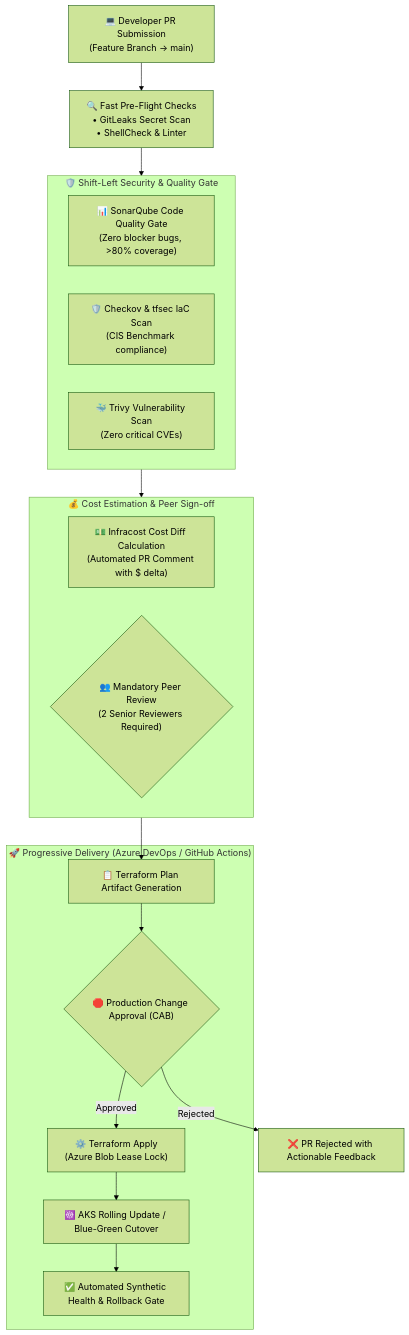
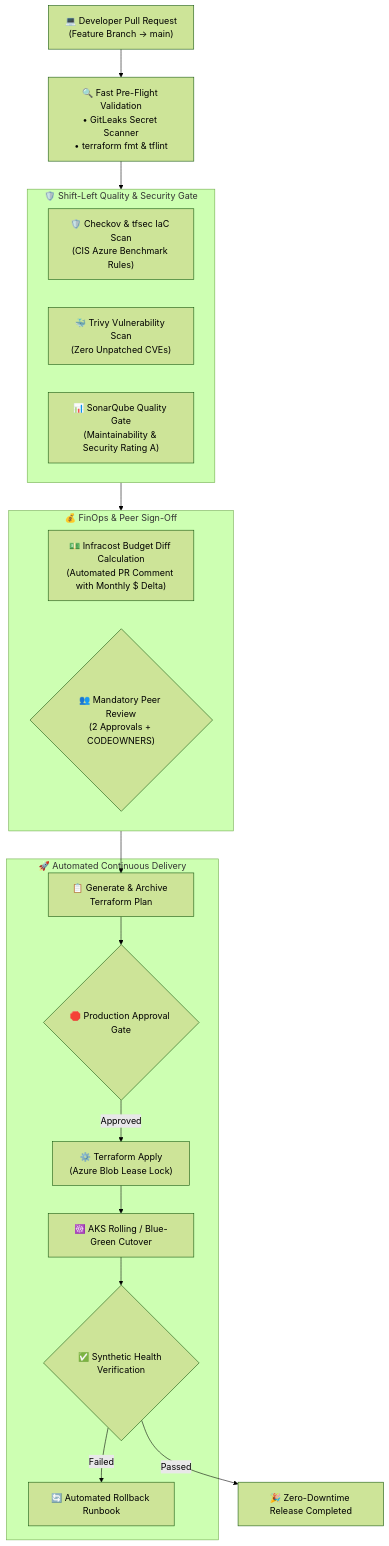
The third of 4 diagrams in README.md (patelneetu10-stack/patelneetu10-stack), drawn with Mermaid (forest theme) before and after one commit. The commit also changed other lines of this file and 1 other file, not shown here.

Commit message:
feat: revamp profile README and add 3D isometric cloud architecture visual

````diff
--- a/README.md
+++ b/README.md
@@ -248,31 +240,33 @@
 ```mermaid
 flowchart TD
-    Code["💻 Developer PR Submission<br/>(Feature Branch -> main)"] --> Preflight["🔍 Fast Pre-Flight Checks<br/>• GitLeaks Secret Scan<br/>• ShellCheck & Linter"]
-    
-    subgraph ShiftLeft["🛡️ Shift-Left Security & Quality Gate"]
-        Sonar["📊 SonarQube Code Quality Gate<br/>(Zero blocker bugs, >80% coverage)"]
-        IaCScan["🛡️ Checkov & tfsec IaC Scan<br/>(CIS Benchmark compliance)"]
-        ContainerScan["🐳 Trivy Vulnerability Scan<br/>(Zero critical CVEs)"]
+    PR["💻 Developer Pull Request<br/>(Feature Branch -> main)"] --> Preflight["🔍 Fast Pre-Flight Validation<br/>• GitLeaks Secret Scanner<br/>• terraform fmt & tflint"]
+
+    subgraph ShiftLeft["🛡️ Shift-Left Quality & Security Gate"]
+        Checkov["🛡️ Checkov & tfsec IaC Scan<br/>(CIS Azure Benchmark Rules)"]
+        Trivy["🐳 Trivy Vulnerability Scan<br/>(Zero Unpatched CVEs)"]
+        Sonar["📊 SonarQube Quality Gate<br/>(Maintainability & Security Rating A)"]
     end
-    
+
     Preflight --> ShiftLeft
-    
-    subgraph CostAndReview["💰 Cost Estimation & Peer Sign-off"]
-        Infracost["💵 Infracost Cost Diff Calculation<br/>(Automated PR Comment with $ delta)"]
-        PeerReview{"👥 Mandatory Peer Review<br/>(2 Senior Reviewers Required)"}
+
+    subgraph CostAndReview["💰 FinOps & Peer Sign-Off"]
+        Infracost["💵 Infracost Budget Diff Calculation<br/>(Automated PR Comment with Monthly $ Delta)"]
+        PeerReview{"👥 Mandatory Peer Review<br/>(2 Approvals + CODEOWNERS)"}
     end
-    
+
     ShiftLeft --> CostAndReview
-    
-    subgraph DeployStage["🚀 Progressive Delivery (Azure DevOps / GitHub Actions)"]
-        TerraformPlan["📋 Terraform Plan Artifact Generation"]
-        ApprovalGate{"🛑 Production Change Approval (CAB)"}
-        TerraformApply["⚙️ Terraform Apply<br/>(Azure Blob Lease Lock)"]
-        AppDeploy["☸️ AKS Rolling Update / Blue-Green Cutover"]
-        HealthCheck["✅ Automated Synthetic Health & Rollback Gate"]
+
+    subgraph CDStage["🚀 Automated Continuous Delivery"]
+        TFPlan["📋 Generate & Archive Terraform Plan"]
+        Approval{"🛑 Production Approval Gate"}
+        TFApply["⚙️ Terraform Apply<br/>(Azure Blob Lease Lock)"]
+        Rollout["☸️ AKS Rolling / Blue-Green Cutover"]
+        Health{"✅ Synthetic Health Verification"}
+        Rollback["🔄 Automated Rollback Runbook"]
     end
-    
-    CostAndReview --> TerraformPlan --> ApprovalGate
-    ApprovalGate -- Approved --> TerraformApply --> AppDeploy --> HealthCheck
-    ApprovalGate -- Rejected --> RejectPR["❌ PR Rejected with Actionable Feedback"]
+
+    CostAndReview --> TFPlan --> Approval
+    Approval -- Approved --> TFApply --> Rollout --> Health
+    Health -- Passed --> Complete["🎉 Zero-Downtime Release Completed"]
+    Health -- Failed --> Rollback
 ```
````
